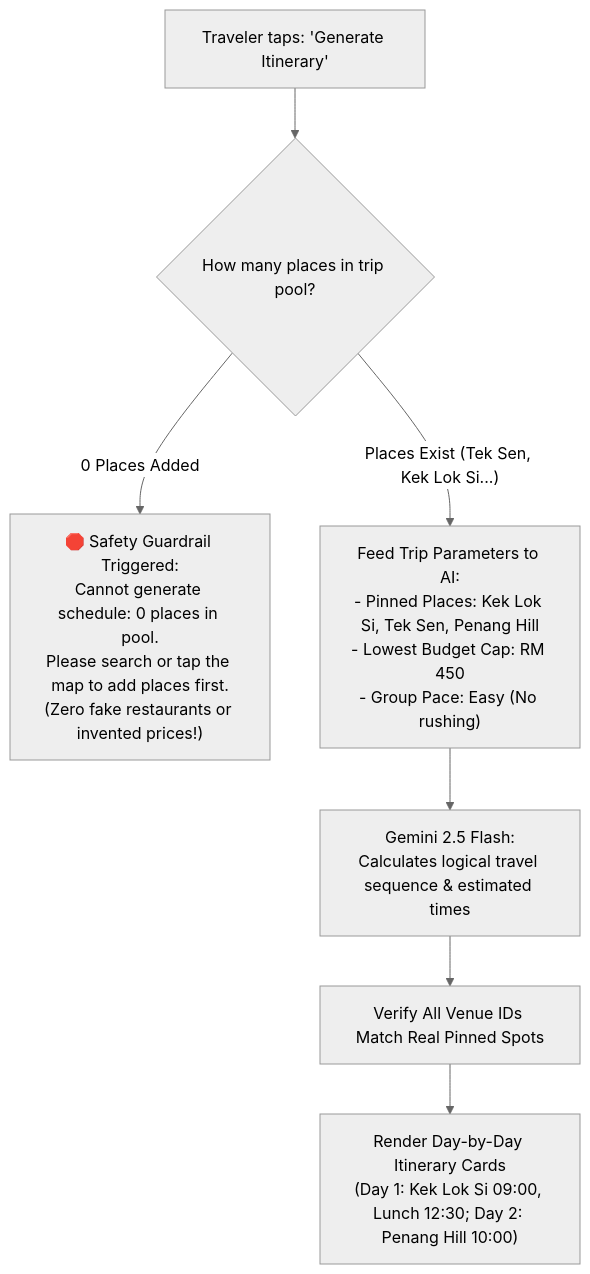
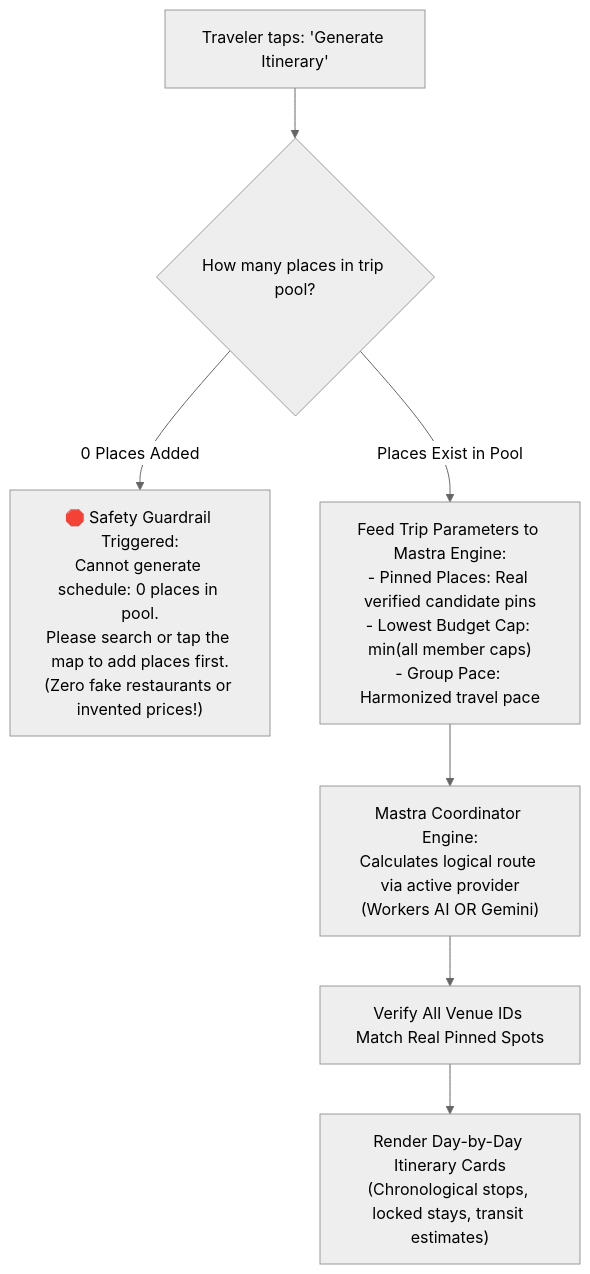
One commit to nlzce/We-are-the-champions_Plan-B changed diagram 11 of 21 in README.md. Above: the diagram before and after it, drawn with Mermaid (neutral theme). The commit also changed other lines of this file, not shown here.

Commit message:
docs: update README with multi-agent architecture, 22-screen journey, and zero-form intake

````diff
--- a/README.md
+++ b/README.md
@@ -282,12 +391,12 @@
 ```mermaid
 flowchart TD
   ClickGen["Traveler taps: 'Generate Itinerary'"] --> CheckCount{"How many places in trip pool?"}
 
   CheckCount -->|0 Places Added| HaltEngine["🛑 Safety Guardrail Triggered:<br/>Cannot generate schedule: 0 places in pool.<br/>Please search or tap the map to add places first.<br/>(Zero fake restaurants or invented prices!)"]
 
-  CheckCount -->|"Places Exist (Tek Sen, Kek Lok Si...)"| PrepareData["Feed Trip Parameters to AI:<br/>- Pinned Places: Kek Lok Si, Tek Sen, Penang Hill<br/>- Lowest Budget Cap: RM 450<br/>- Group Pace: Easy (No rushing)"]
+  CheckCount -->|"Places Exist in Pool"| PrepareData["Feed Trip Parameters to Mastra Engine:<br/>- Pinned Places: Real verified candidate pins<br/>- Lowest Budget Cap: min(all member caps)<br/>- Group Pace: Harmonized travel pace"]
 
-  PrepareData --> GeminiRun["Gemini 2.5 Flash:<br/>Calculates logical travel sequence & estimated times"]
-  GeminiRun --> VerifyOutput["Verify All Venue IDs Match Real Pinned Spots"]
-  VerifyOutput --> RenderSchedule["Render Day-by-Day Itinerary Cards<br/>(Day 1: Kek Lok Si 09:00, Lunch 12:30; Day 2: Penang Hill 10:00)"]
+  PrepareData --> MastraRun["Mastra Coordinator Engine:<br/>Calculates logical route via active provider<br/>(Workers AI OR Gemini)"]
+  MastraRun --> VerifyOutput["Verify All Venue IDs Match Real Pinned Spots"]
+  VerifyOutput --> RenderSchedule["Render Day-by-Day Itinerary Cards<br/>(Chronological stops, locked stays, transit estimates)"]
 ```
````
